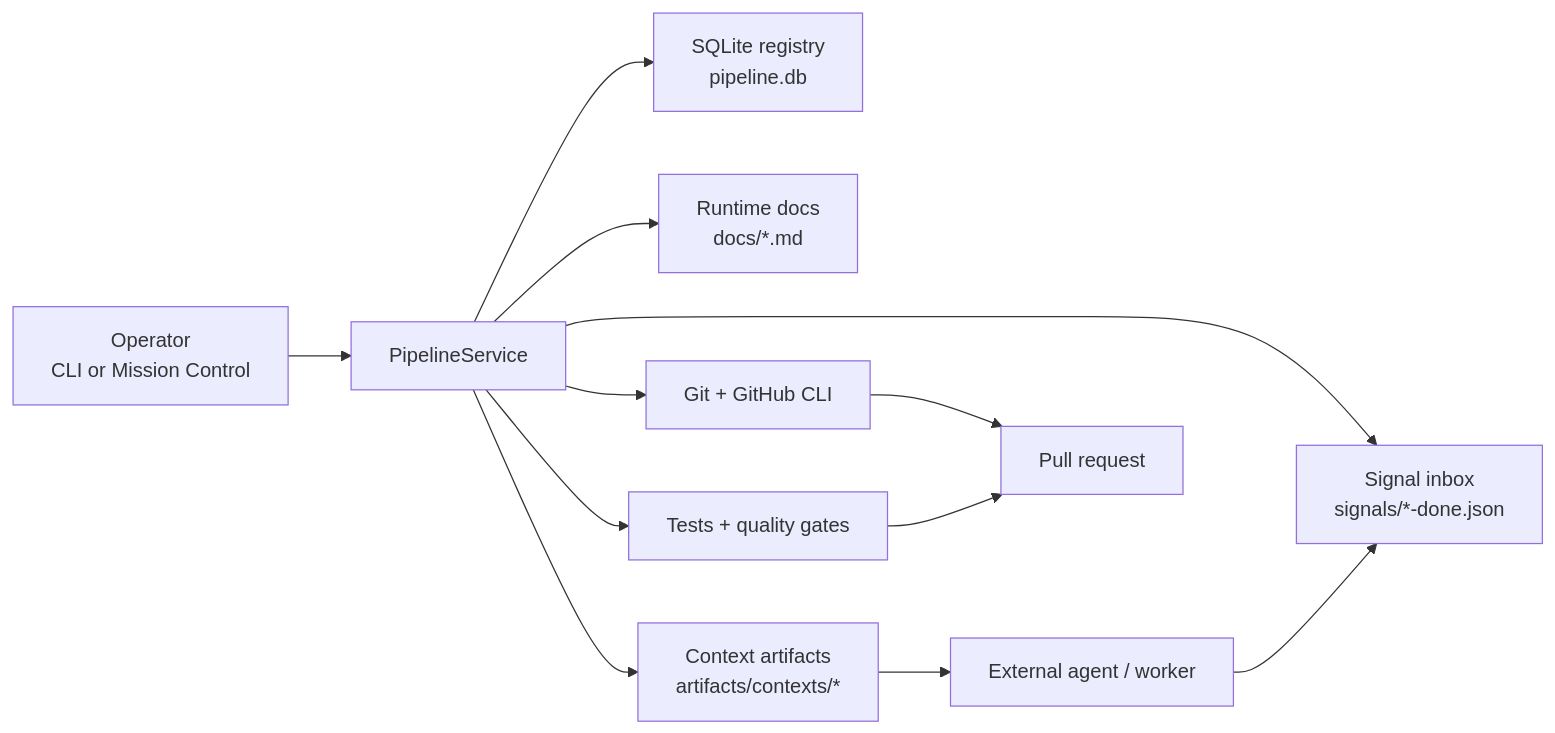
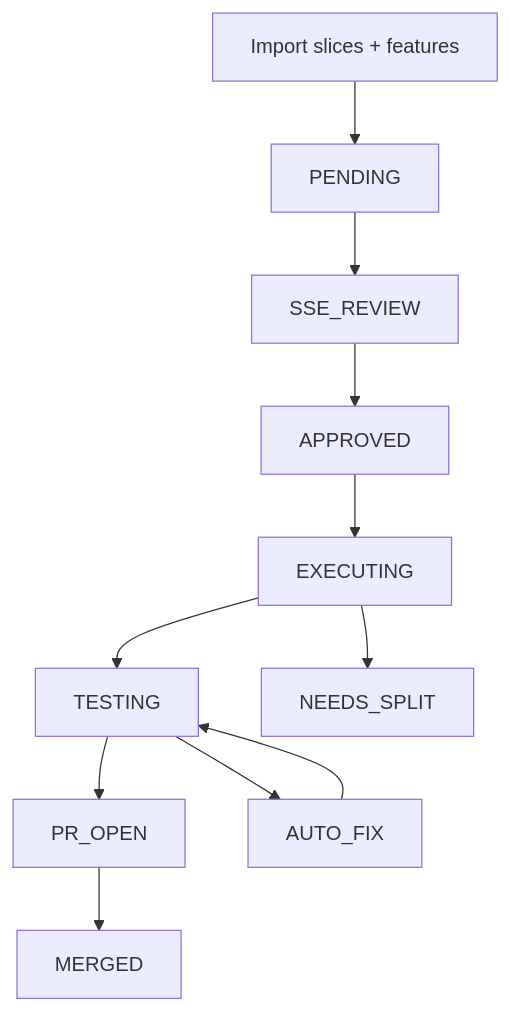
One commit to Therealnickjames/PIPELINE changed the diagram in README.md. Above: the diagram before and after it, drawn with Mermaid. The commit also changed other lines of this file and 3 other files, not shown here.

Commit message:
Polish GitHub-facing project docs

````diff
--- a/README.md
+++ b/README.md
@@ -45,14 +32,13 @@
 ```mermaid
-flowchart LR
-    A["Operator<br/>CLI or Mission Control"] --> B["PipelineService"]
-    B --> C["SQLite registry<br/>pipeline.db"]
-    B --> D["Runtime docs<br/>docs/*.md"]
-    B --> E["Context artifacts<br/>artifacts/contexts/*"]
-    B --> F["Signal inbox<br/>signals/*-done.json"]
-    B --> G["Git + GitHub CLI"]
-    B --> H["Tests + quality gates"]
-    E --> I["External agent / worker"]
-    I --> F
-    G --> J["Pull request"]
-    H --> J
+flowchart TD
+    A["Import slices + features"] --> B["PENDING"]
+    B --> C["SSE_REVIEW"]
+    C --> D["APPROVED"]
+    D --> E["EXECUTING"]
+    E --> F["TESTING"]
+    F --> G["PR_OPEN"]
+    G --> H["MERGED"]
+    E --> I["NEEDS_SPLIT"]
+    F --> J["AUTO_FIX"]
+    J --> F
 ```
````
